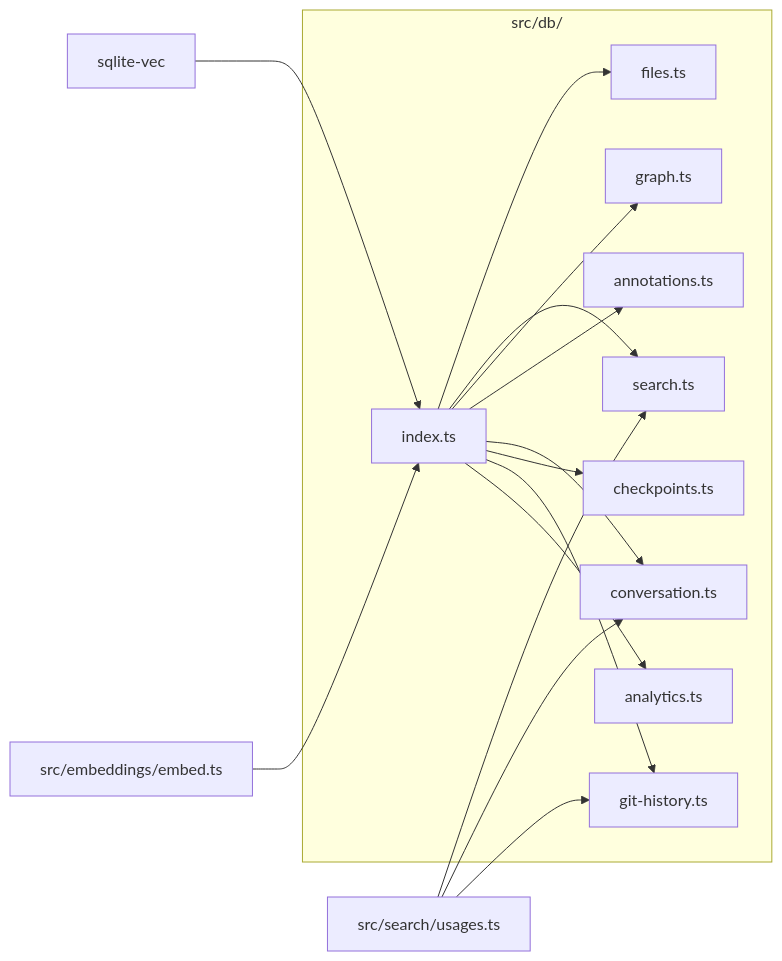
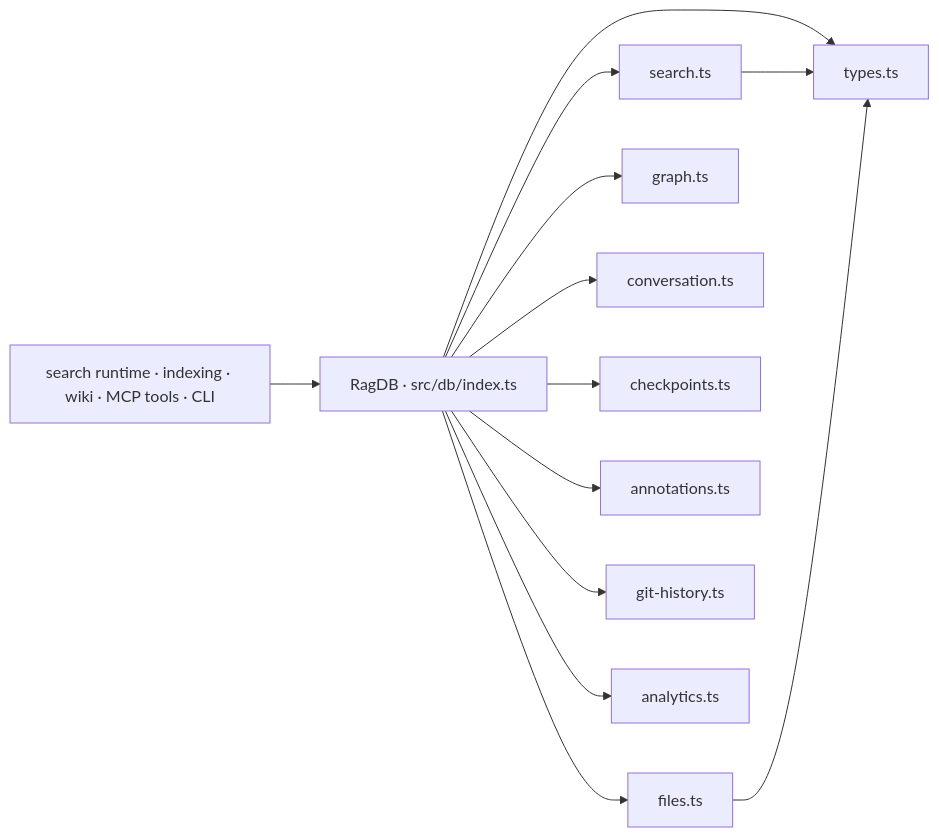
The second of 2 diagrams in wiki/communities/db-layer.md (TheWinci/mimirs), drawn with Mermaid before and after one commit. The commit also changed other lines of this file and 36 other files, not shown here.

````diff
--- a/wiki/communities/db-layer.md
+++ b/wiki/communities/db-layer.md
@@ -99,33 +97,26 @@
 ```mermaid
 flowchart LR
-    sqliteVec["sqlite-vec"]
-    embedDim["src/embeddings/embed.ts"]
-    usages["src/search/usages.ts"]
-
-    subgraph dbLayer ["src/db/"]
-        dbIdx["index.ts"]
-        dbFiles["files.ts"]
-        dbSearch["search.ts"]
-        dbGraph["graph.ts"]
-        dbAnnot["annotations.ts"]
-        dbConv["conversation.ts"]
-        dbCheck["checkpoints.ts"]
-        dbGit["git-history.ts"]
-        dbAnal["analytics.ts"]
-    end
-
-    sqliteVec --> dbIdx
-    embedDim --> dbIdx
-    usages --> dbSearch
-    usages --> dbConv
-    usages --> dbGit
-
-    dbIdx --> dbFiles
-    dbIdx --> dbSearch
-    dbIdx --> dbGraph
-    dbIdx --> dbAnnot
-    dbIdx --> dbConv
-    dbIdx --> dbCheck
-    dbIdx --> dbGit
-    dbIdx --> dbAnal
+    facade["RagDB · src/db/index.ts"]
+    filesOps["files.ts"]
+    searchOps["search.ts"]
+    graphOps["graph.ts"]
+    convoOps["conversation.ts"]
+    cpOps["checkpoints.ts"]
+    annOps["annotations.ts"]
+    ghOps["git-history.ts"]
+    anOps["analytics.ts"]
+    typesMod["types.ts"]
+    facade --> filesOps
+    facade --> searchOps
+    facade --> graphOps
+    facade --> convoOps
+    facade --> cpOps
+    facade --> annOps
+    facade --> ghOps
+    facade --> anOps
+    facade --> typesMod
+    searchOps --> typesMod
+    filesOps --> typesMod
+    consumers["search runtime · indexing · wiki · MCP tools · CLI"]
+    consumers --> facade
 ```
````
